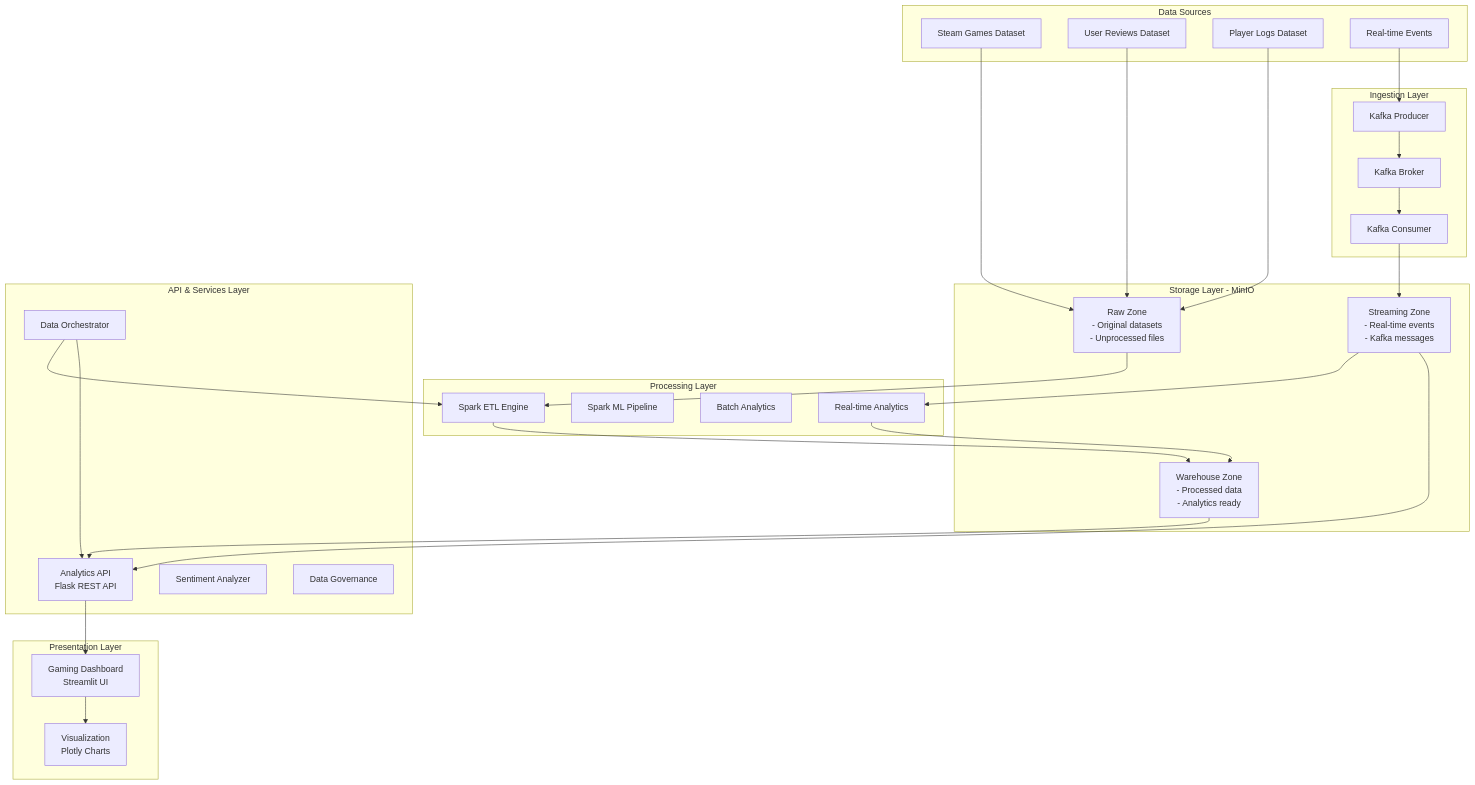
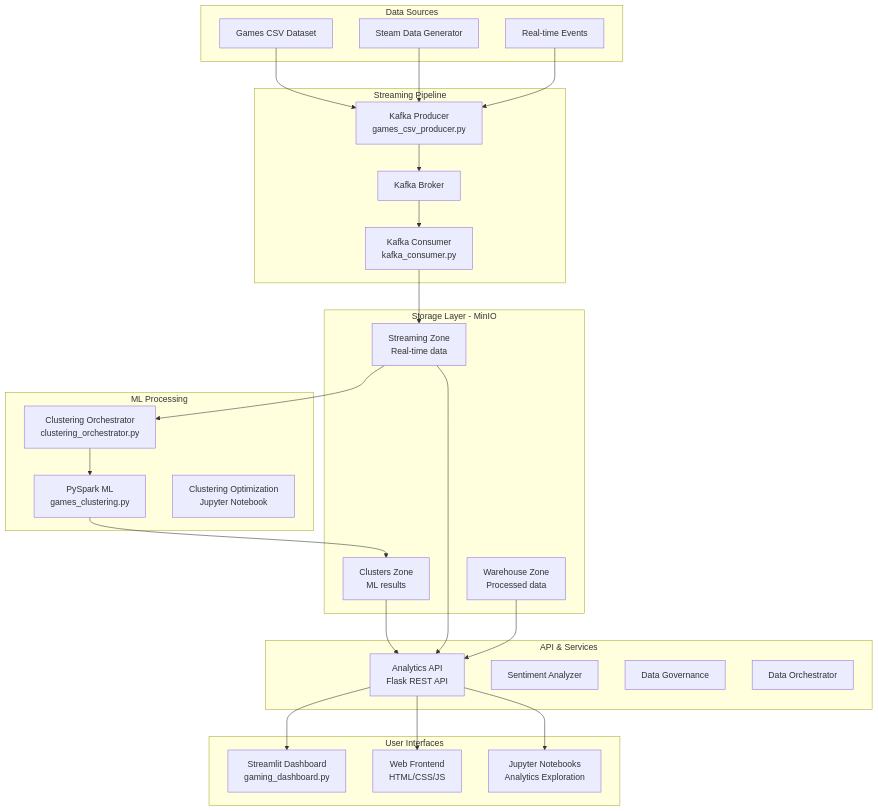
The diagram in README.md (Gandhiert/BIGD-FP), drawn with Mermaid before and after one commit. The commit also changed other lines of this file, not shown here.

````diff
--- a/README.md
+++ b/README.md
@@ -46,62 +49,58 @@
 ```mermaid
 graph TB
     subgraph "Data Sources"
-        DS1[Steam Games Dataset]
-        DS2[User Reviews Dataset]
-        DS3[Player Logs Dataset]
-        DS4[Real-time Events]
+        CSV[Games CSV Dataset]
+        GEN[Steam Data Generator]
+        RT[Real-time Events]
     end
 
-    subgraph "Ingestion Layer"
-        KP[Kafka Producer]
-        KC[Kafka Consumer]
+    subgraph "Streaming Pipeline"
+        KP[Kafka Producer<br/>games_csv_producer.py]
         KB[Kafka Broker]
+        KC[Kafka Consumer<br/>kafka_consumer.py]
         KP --> KB
         KB --> KC
     end
 
     subgraph "Storage Layer - MinIO"
-        RZ[Raw Zone<br/>- Original datasets<br/>- Unprocessed files]
-        SZ[Streaming Zone<br/>- Real-time events<br/>- Kafka messages]
-        WZ[Warehouse Zone<br/>- Processed data<br/>- Analytics ready]
+        STZ[Streaming Zone<br/>Real-time data]
+        CLZ[Clusters Zone<br/>ML results]
+        WHZ[Warehouse Zone<br/>Processed data]
     end
 
-    subgraph "Processing Layer"
-        SE[Spark ETL Engine]
-        SML[Spark ML Pipeline]
-        BA[Batch Analytics]
-        RA[Real-time Analytics]
+    subgraph "ML Processing"
+        CLO[Clustering Orchestrator<br/>clustering_orchestrator.py]
+        SPK[PySpark ML<br/>games_clustering.py]
+        OPT[Clustering Optimization<br/>Jupyter Notebook]
     end
 
-    subgraph "API & Services Layer"
+    subgraph "API & Services"
         API[Analytics API<br/>Flask REST API]
         SA[Sentiment Analyzer]
         DG[Data Governance]
         DO[Data Orchestrator]
     end
 
-    subgraph "Presentation Layer"
-        DB[Gaming Dashboard<br/>Streamlit UI]
-        VZ[Visualization<br/>Plotly Charts]
+    subgraph "User Interfaces"
+        SLT[Streamlit Dashboard<br/>gaming_dashboard.py]
+        WEB[Web Frontend<br/>HTML/CSS/JS]
+        NB[Jupyter Notebooks<br/>Analytics Exploration]
     end
 
-    DS1 --> RZ
-    DS2 --> RZ
-    DS3 --> RZ
-    DS4 --> KP
-    KC --> SZ
+    CSV --> KP
+    GEN --> KP
+    RT --> KP
     
-    RZ --> SE
-    SZ --> RA
-    SE --> WZ
-    RA --> WZ
+    KC --> STZ
+    STZ --> CLO
+    CLO --> SPK
+    SPK --> CLZ
     
-    WZ --> API
-    SZ --> API
+    CLZ --> API
+    STZ --> API
+    WHZ --> API
     
-    API --> DB
-    DB --> VZ
-    
-    DO --> SE
-    DO --> API
+    API --> SLT
+    API --> WEB
+    API --> NB
 ```
````
